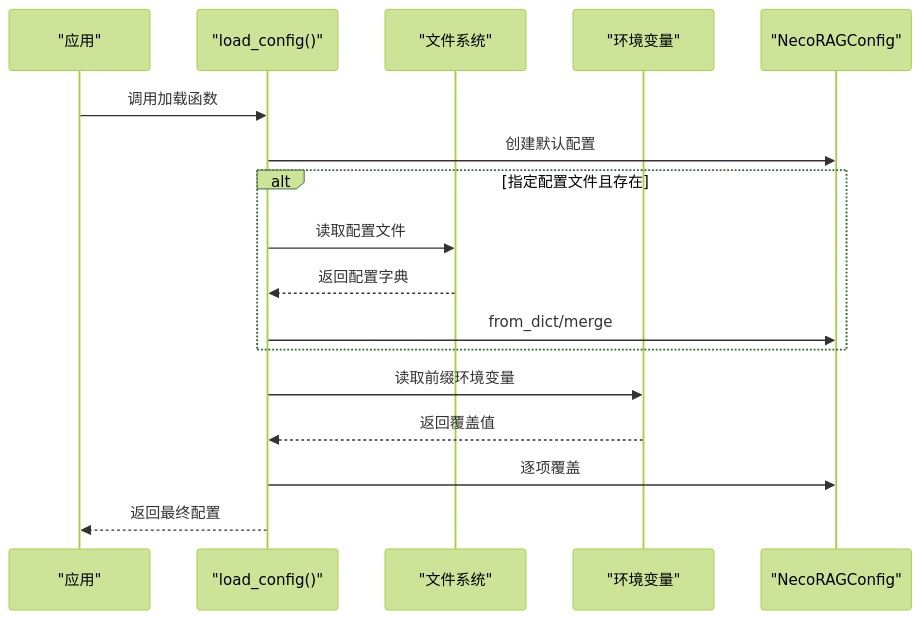
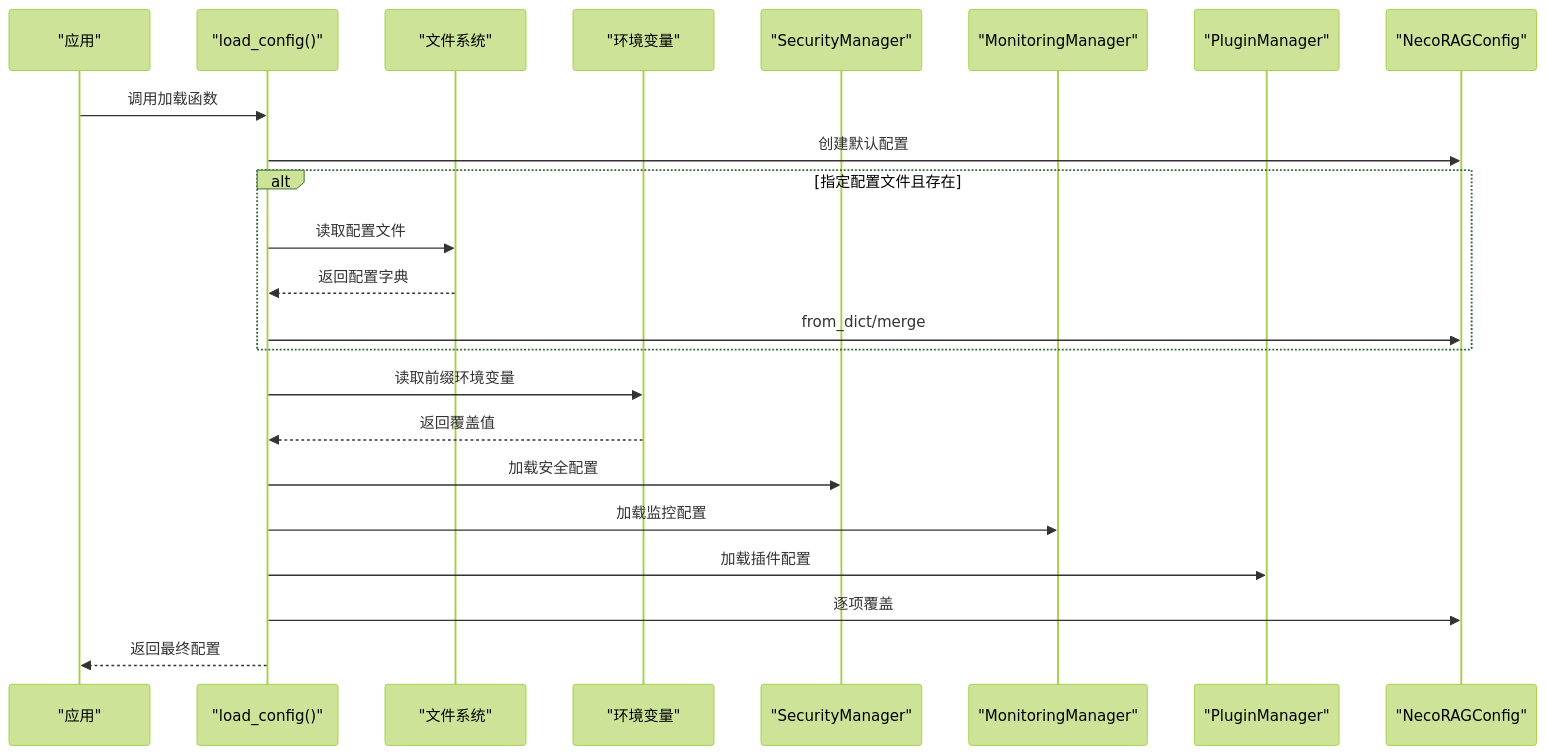
Before and after one commit to JieGaoPrinceton/NecoRAG: the second of 13 diagrams in .qoder/repowiki/zh/content/配置管理/配置管理.md, drawn with Mermaid (forest theme). The commit also changed other lines of this file and 12 other files, not shown here.

````diff
--- a/.qoder/repowiki/zh/content/配置管理/配置管理.md
+++ b/.qoder/repowiki/zh/content/配置管理/配置管理.md
@@ -130,19 +184,25 @@
 ```mermaid
 sequenceDiagram
 participant App as "应用"
 participant Loader as "load_config()"
 participant FS as "文件系统"
 participant Env as "环境变量"
+participant SecMgr as "SecurityManager"
+participant MonMgr as "MonitoringManager"
+participant PlgMgr as "PluginManager"
 participant Cfg as "NecoRAGConfig"
 App->>Loader : 调用加载函数
 Loader->>Cfg : 创建默认配置
 alt 指定配置文件且存在
 Loader->>FS : 读取配置文件
 FS-->>Loader : 返回配置字典
 Loader->>Cfg : from_dict/merge
 end
 Loader->>Env : 读取前缀环境变量
 Env-->>Loader : 返回覆盖值
+Loader->>SecMgr : 加载安全配置
+Loader->>MonMgr : 加载监控配置
+Loader->>PlgMgr : 加载插件配置
 Loader->>Cfg : 逐项覆盖
 Loader-->>App : 返回最终配置
 ```
````
